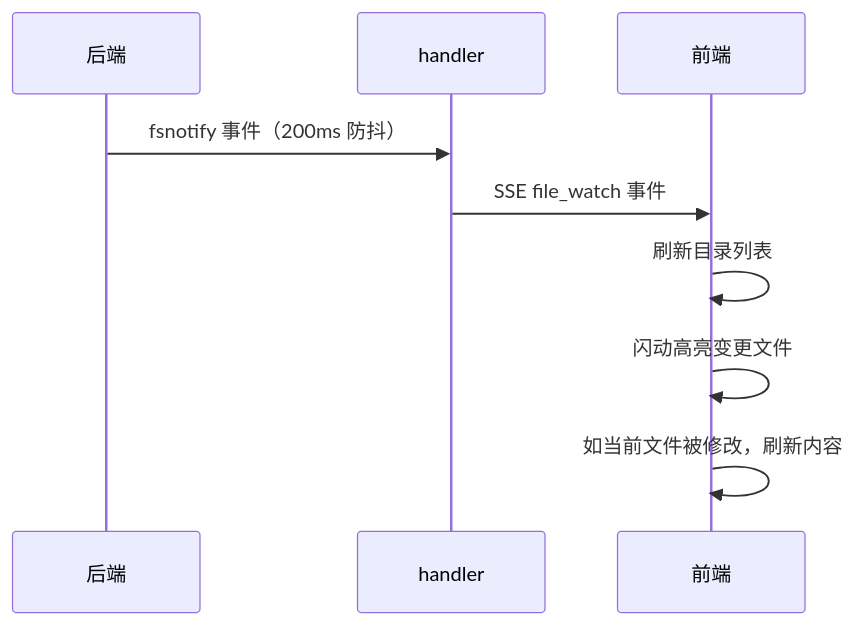
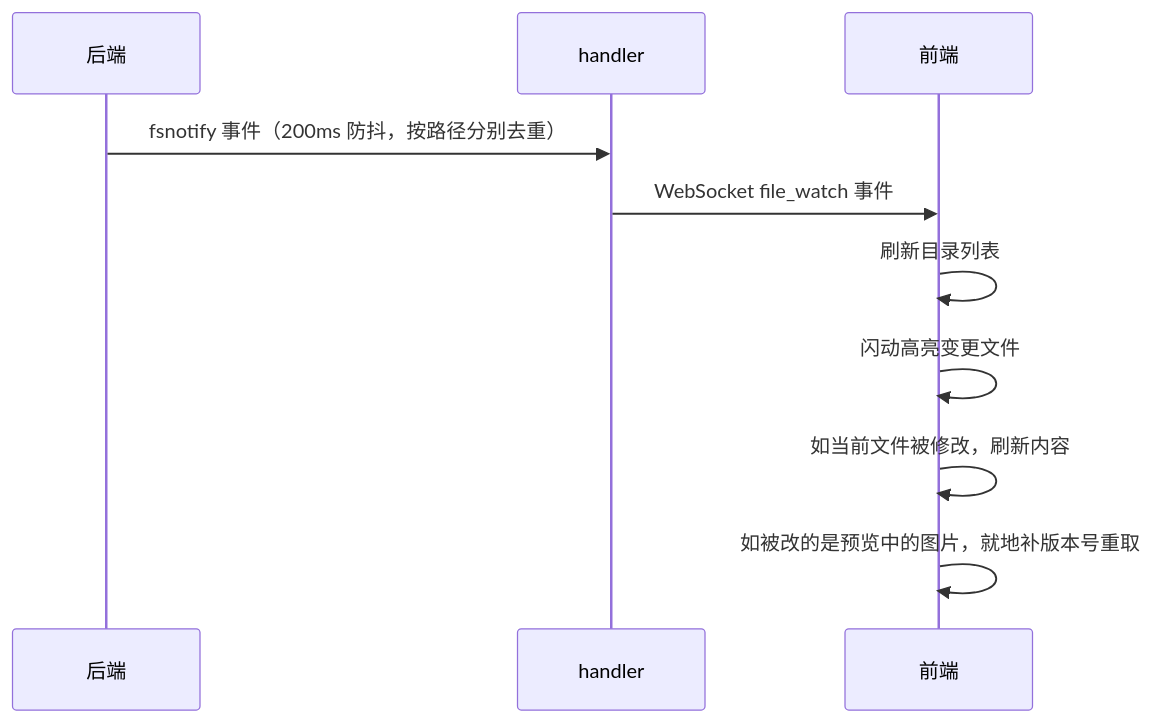
Before and after one commit to clawbench-dev/clawbench: the fourth of 4 diagrams in docs/spec/features/file-management.md, drawn with Mermaid. The commit also changed other lines of this file and 15 other files, not shown here.

First line of the commit message:
fix(files): 预览中的图片后台变更后就地刷新

````diff
--- a/docs/spec/features/file-management.md
+++ b/docs/spec/features/file-management.md
@@ -79,12 +79,13 @@
 ```mermaid
 sequenceDiagram
     participant 后端
     participant handler
     participant 前端
 
-    后端->>handler: fsnotify 事件（200ms 防抖）
-    handler->>前端: SSE file_watch 事件
+    后端->>handler: fsnotify 事件（200ms 防抖，按路径分别去重）
+    handler->>前端: WebSocket file_watch 事件
     前端->>前端: 刷新目录列表
     前端->>前端: 闪动高亮变更文件
     前端->>前端: 如当前文件被修改，刷新内容
+    前端->>前端: 如被改的是预览中的图片，就地补版本号重取
 ```
````
